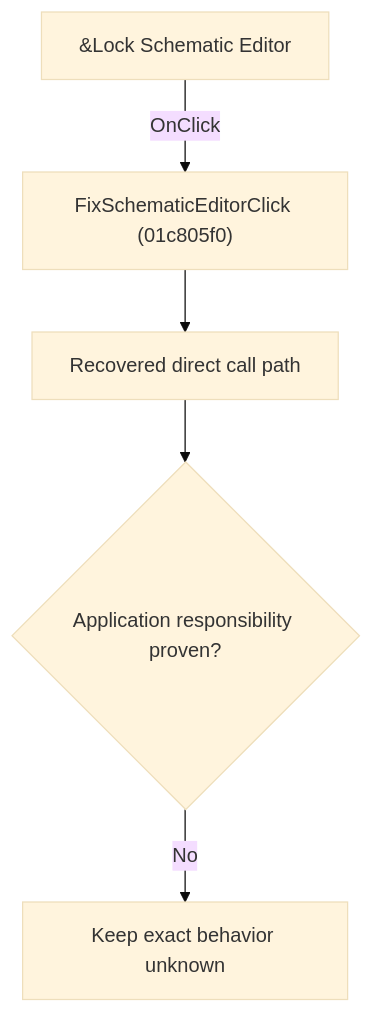
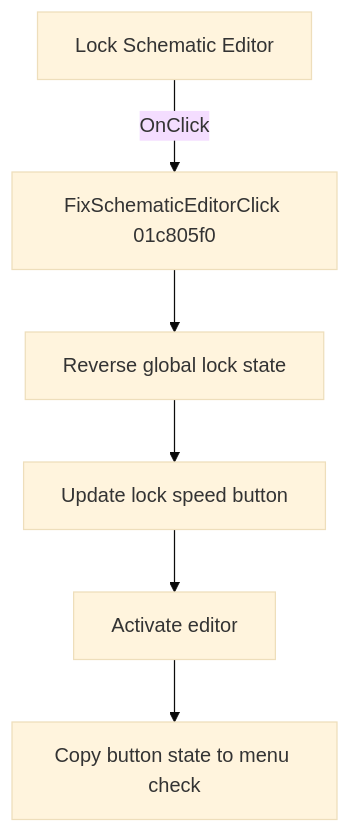
One commit to MovGP0/TIARA changed the diagram in docs/ui-controls/schematiceditor/fixschematiceditor-1f0b36baa4.md. Above: the diagram before and after it, drawn with Mermaid (base theme). The commit also changed other lines of this file and 241 other files, not shown here.

````diff
--- a/docs/ui-controls/schematiceditor/fixschematiceditor-1f0b36baa4.md
+++ b/docs/ui-controls/schematiceditor/fixschematiceditor-1f0b36baa4.md
@@ -27,7 +25,8 @@
 ```mermaid
 flowchart TD
-    control["&Lock Schematic Editor"] -->|"OnClick"| handler["FixSchematicEditorClick (01c805f0)"]
-    handler --> recovered["Recovered direct call path"]
-    recovered --> gap{"Application responsibility proven?"}
-    gap -->|"No"| blocked["Keep exact behavior unknown"]
+    control["Lock Schematic Editor"] -->|"OnClick"| handler["FixSchematicEditorClick 01c805f0"]
+    handler --> toggle["Reverse global lock state"]
+    toggle --> button["Update lock speed button"]
+    button --> activate["Activate editor"]
+    activate --> menu["Copy button state to menu check"]
 ```
````
